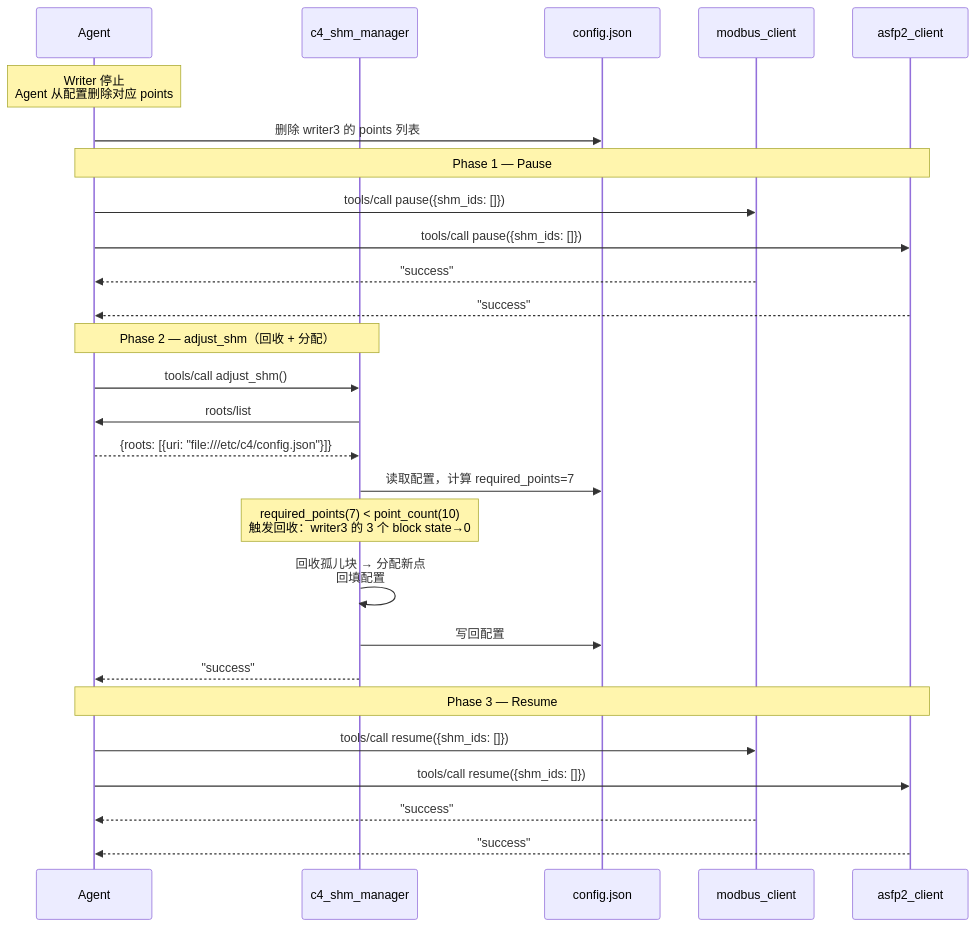
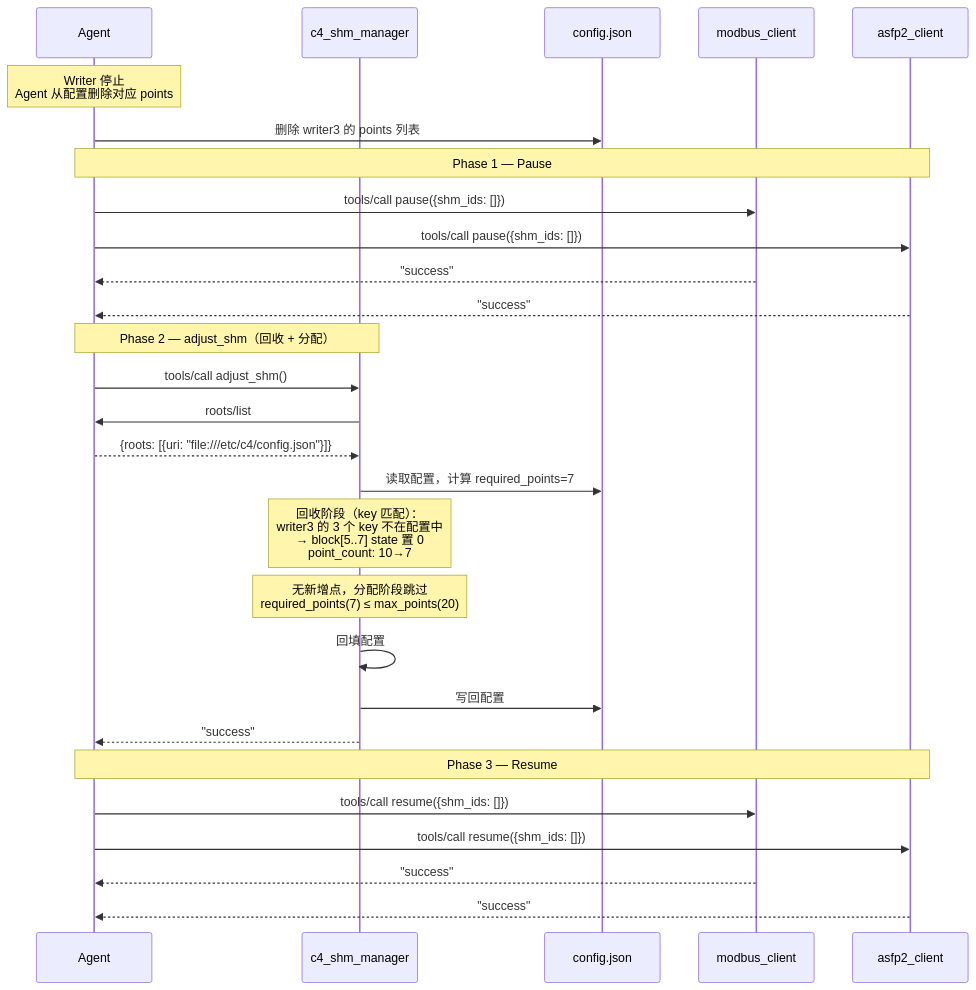
The eighth of 9 diagrams in docs/design/c4_shm_manager.md (activesys/c4), drawn with Mermaid before and after one commit. The commit also changed other lines of this file and 8 other files, not shown here.

````diff
--- a/docs/design/c4_shm_manager.md
+++ b/docs/design/c4_shm_manager.md
@@ -843,33 +962,34 @@
 ```mermaid
 sequenceDiagram
     participant A as Agent
     participant S as c4_shm_manager
     participant CFG as config.json
     participant M1 as modbus_client
     participant M2 as asfp2_client
 
     Note over A: Writer 停止<br/>Agent 从配置删除对应 points
     A->>CFG: 删除 writer3 的 points 列表
 
     Note over A,M2: Phase 1 — Pause
     A->>M1: tools/call pause({shm_ids: []})
     A->>M2: tools/call pause({shm_ids: []})
     M1-->>A: "success"
     M2-->>A: "success"
 
     Note over A,S: Phase 2 — adjust_shm（回收 + 分配）
     A->>S: tools/call adjust_shm()
     S->>A: roots/list
     A-->>S: {roots: [{uri: "file:///etc/c4/config.json"}]}
     S->>CFG: 读取配置，计算 required_points=7
-    Note over S: required_points(7) < point_count(10)<br/>触发回收：writer3 的 3 个 block state→0
-    S->>S: 回收孤儿块 → 分配新点<br/>回填配置
+    Note over S: 回收阶段（key 匹配）：<br/>writer3 的 3 个 key 不在配置中<br/>→ block[5..7] state 置 0<br/>point_count: 10→7
+    Note over S: 无新增点，分配阶段跳过<br/>required_points(7) ≤ max_points(20)
+    S->>S: 回填配置
     S->>CFG: 写回配置
     S-->>A: "success"
 
     Note over A,M2: Phase 3 — Resume
     A->>M1: tools/call resume({shm_ids: []})
     A->>M2: tools/call resume({shm_ids: []})
     M1-->>A: "success"
     M2-->>A: "success"
 ```
````
